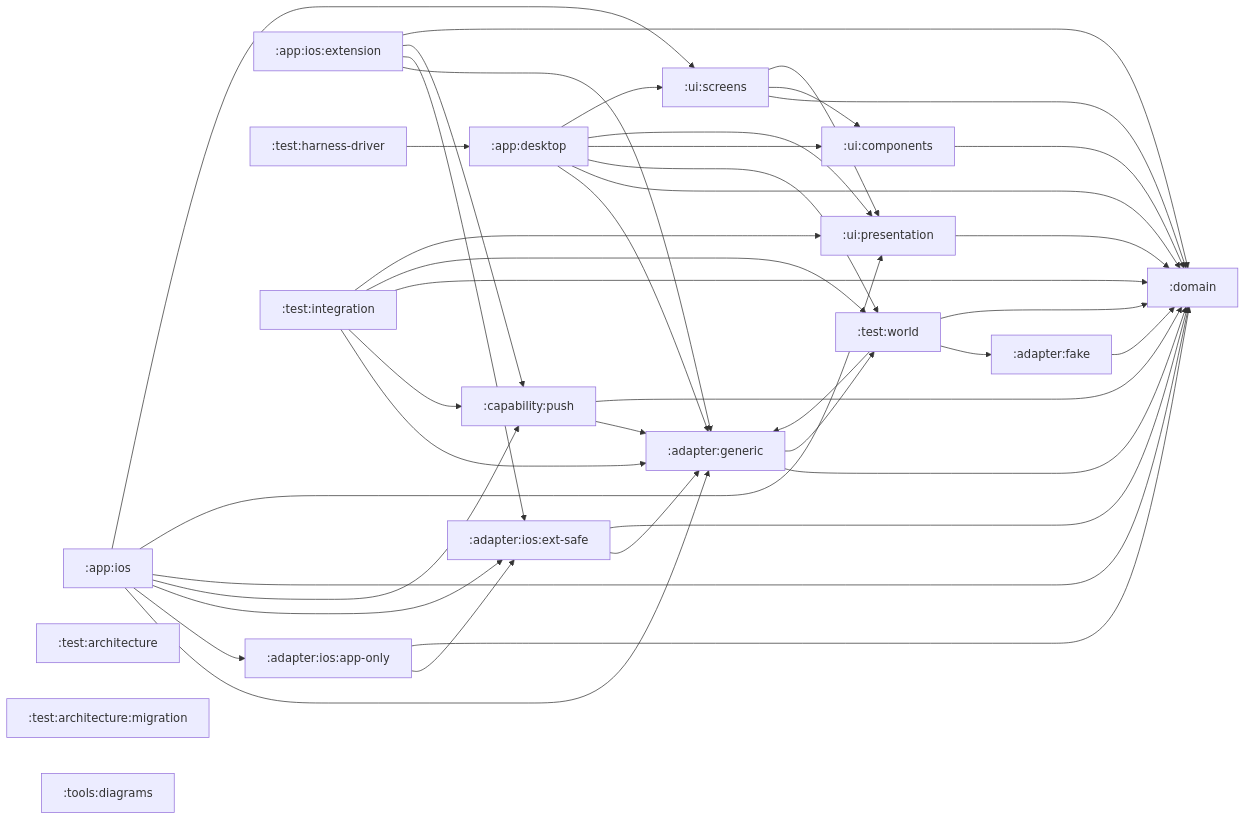
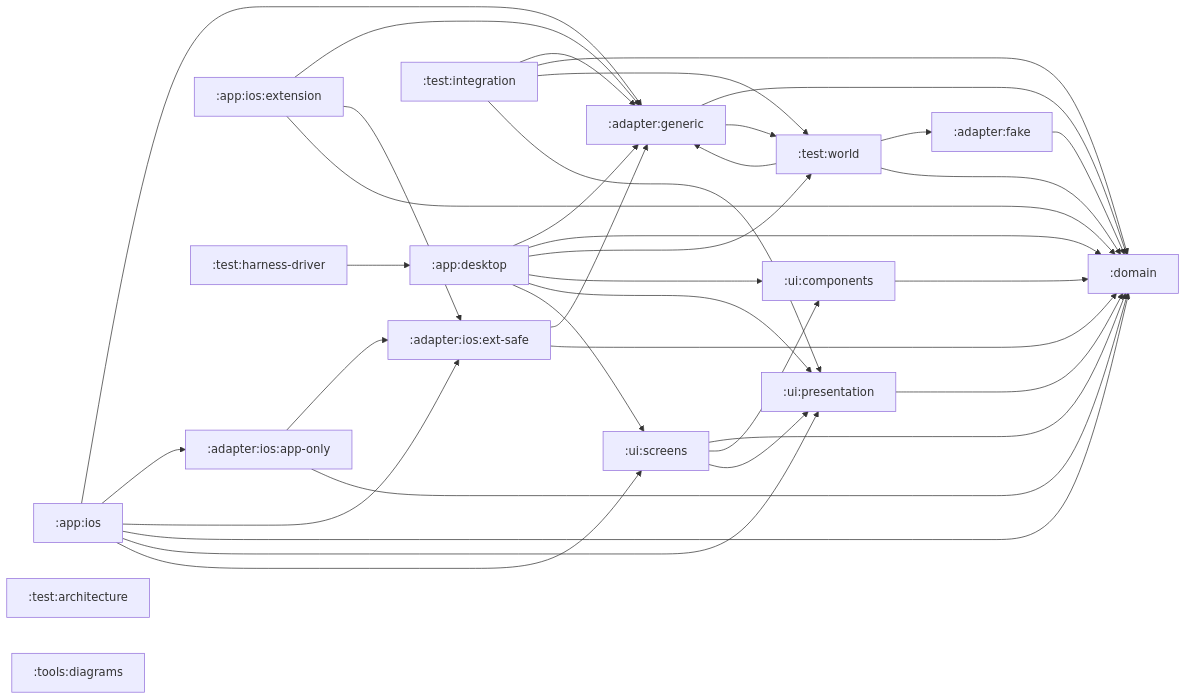
The diagram in architecture/modules.md (stefanhoelzl/SnapSync), drawn with Mermaid before and after one commit. The commit also changed 108 other files, not shown here.

````diff
--- a/architecture/modules.md
+++ b/architecture/modules.md
@@ -7,61 +7,54 @@
 ```mermaid
 flowchart LR
   adapter_fake[":adapter:fake"]
   adapter_generic[":adapter:generic"]
   adapter_ios_app_only[":adapter:ios:app-only"]
   adapter_ios_ext_safe[":adapter:ios:ext-safe"]
   app_desktop[":app:desktop"]
   app_ios[":app:ios"]
   app_ios_extension[":app:ios:extension"]
-  capability_push[":capability:push"]
   domain[":domain"]
   test_architecture[":test:architecture"]
-  test_architecture_migration[":test:architecture:migration"]
   test_harness_driver[":test:harness-driver"]
   test_integration[":test:integration"]
   test_world[":test:world"]
   tools_diagrams[":tools:diagrams"]
   ui_components[":ui:components"]
   ui_presentation[":ui:presentation"]
   ui_screens[":ui:screens"]
   adapter_fake --> domain
   adapter_generic --> domain
   adapter_generic --> test_world
   adapter_ios_app_only --> adapter_ios_ext_safe
   adapter_ios_app_only --> domain
   adapter_ios_ext_safe --> adapter_generic
   adapter_ios_ext_safe --> domain
   app_desktop --> adapter_generic
   app_desktop --> domain
   app_desktop --> test_world
   app_desktop --> ui_components
   app_desktop --> ui_presentation
   app_desktop --> ui_screens
   app_ios --> adapter_generic
   app_ios --> adapter_ios_app_only
   app_ios --> adapter_ios_ext_safe
-  app_ios --> capability_push
   app_ios --> domain
   app_ios --> ui_presentation
   app_ios --> ui_screens
   app_ios_extension --> adapter_generic
   app_ios_extension --> adapter_ios_ext_safe
-  app_ios_extension --> capability_push
   app_ios_extension --> domain
-  capability_push --> adapter_generic
-  capability_push --> domain
   test_harness_driver --> app_desktop
   test_integration --> adapter_generic
-  test_integration --> capability_push
   test_integration --> domain
   test_integration --> test_world
   test_integration --> ui_presentation
   test_world --> adapter_fake
   test_world --> adapter_generic
   test_world --> domain
   ui_components --> domain
   ui_presentation --> domain
   ui_screens --> domain
   ui_screens --> ui_components
   ui_screens --> ui_presentation
 ```
````
